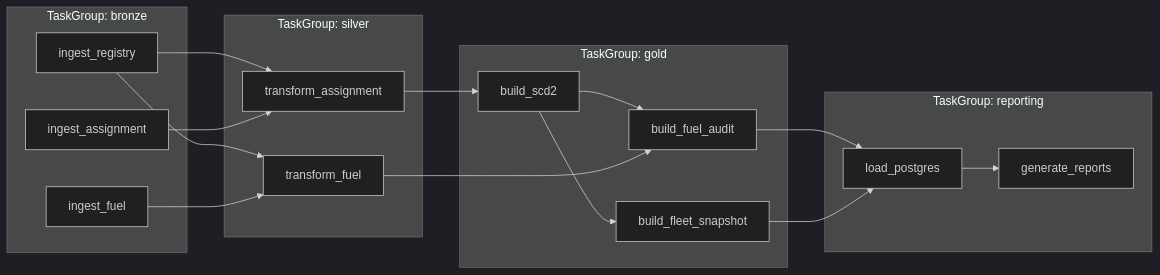
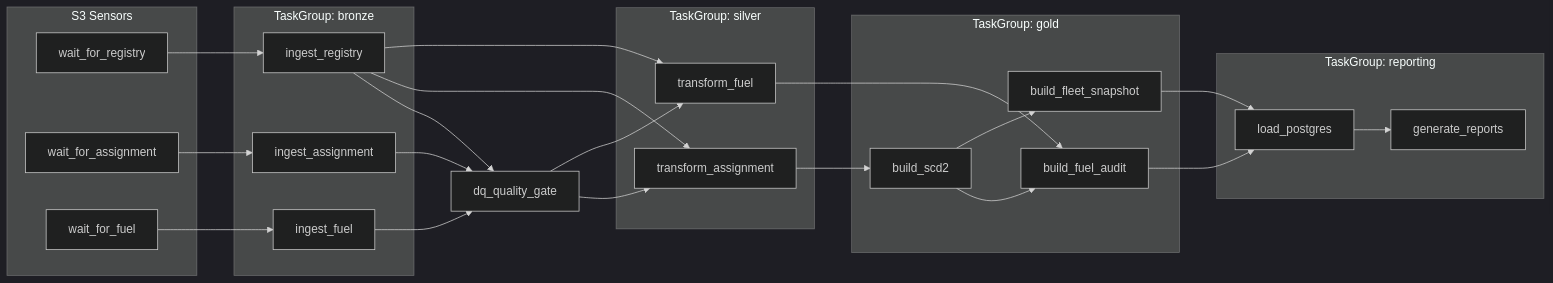
Before and after one commit to hardikkothari2023/omniroute: the first of 4 diagrams in docs/DAG.md, drawn with Mermaid (dark theme). The commit also changed other lines of this file and 48 other files, not shown here.

````diff
--- a/docs/DAG.md
+++ b/docs/DAG.md
@@ -26,38 +36,54 @@
 ```mermaid
 flowchart LR
+    subgraph sensors["S3 Sensors"]
+        S1["wait_for_registry"]
+        S2["wait_for_assignment"]
+        S3["wait_for_fuel"]
+    end
+
     subgraph bronze["TaskGroup: bronze"]
         BI1[ingest_registry]
         BI2[ingest_assignment]
         BI3[ingest_fuel]
     end
+
+    DQ["dq_quality_gate"]
 
     subgraph silver["TaskGroup: silver"]
         TS1[transform_assignment]
         TS2[transform_fuel]
     end
 
     subgraph gold["TaskGroup: gold"]
         G1[build_scd2]
         G2[build_fuel_audit]
         G3[build_fleet_snapshot]
     end
 
     subgraph reporting["TaskGroup: reporting"]
         R1[load_postgres]
         R2[generate_reports]
     end
 
+    S1 --> BI1
+    S2 --> BI2
+    S3 --> BI3
+
+    BI1 --> DQ
+    BI2 --> DQ
+    BI3 --> DQ
+
+    DQ --> TS1
+    DQ --> TS2
     BI1 --> TS1
-    BI2 --> TS1
     BI1 --> TS2
-    BI3 --> TS2
 
     TS1 --> G1
     G1 --> G2
     TS2 --> G2
     G1 --> G3
 
     G2 --> R1
     G3 --> R1
     R1 --> R2
 ```
````
